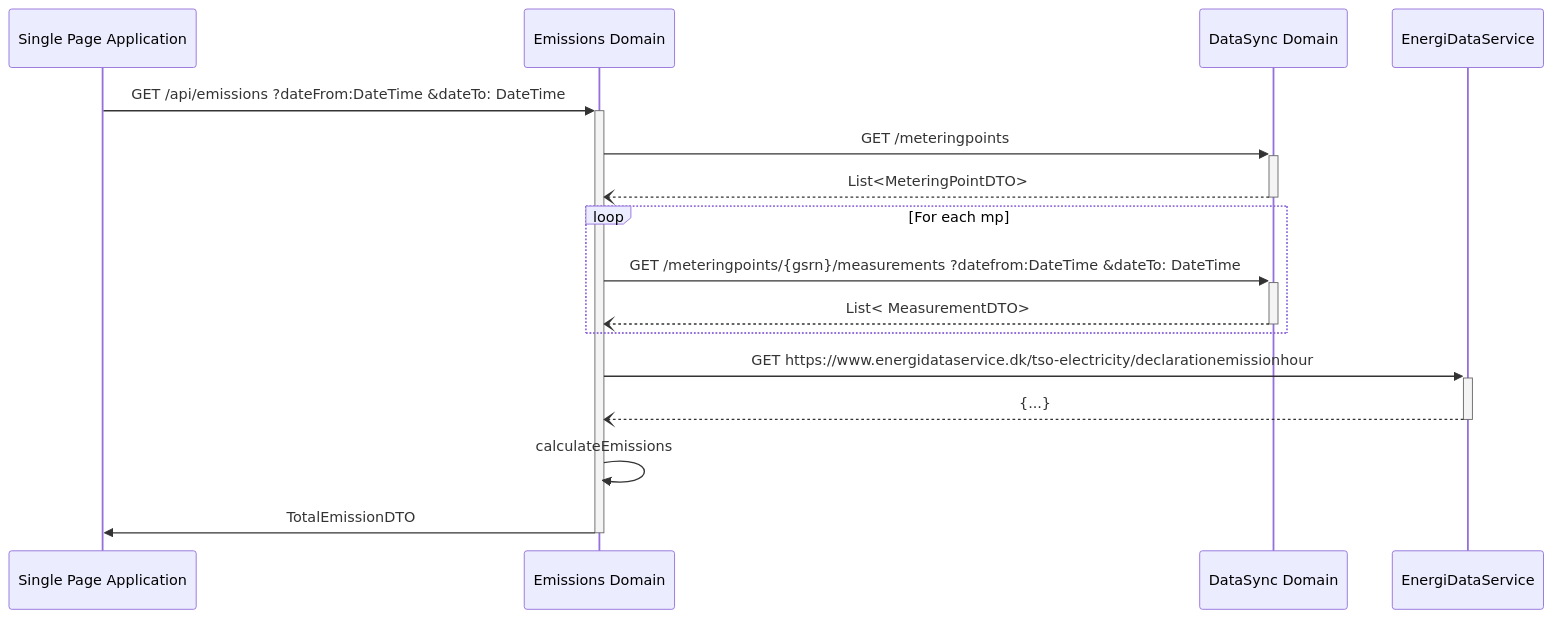
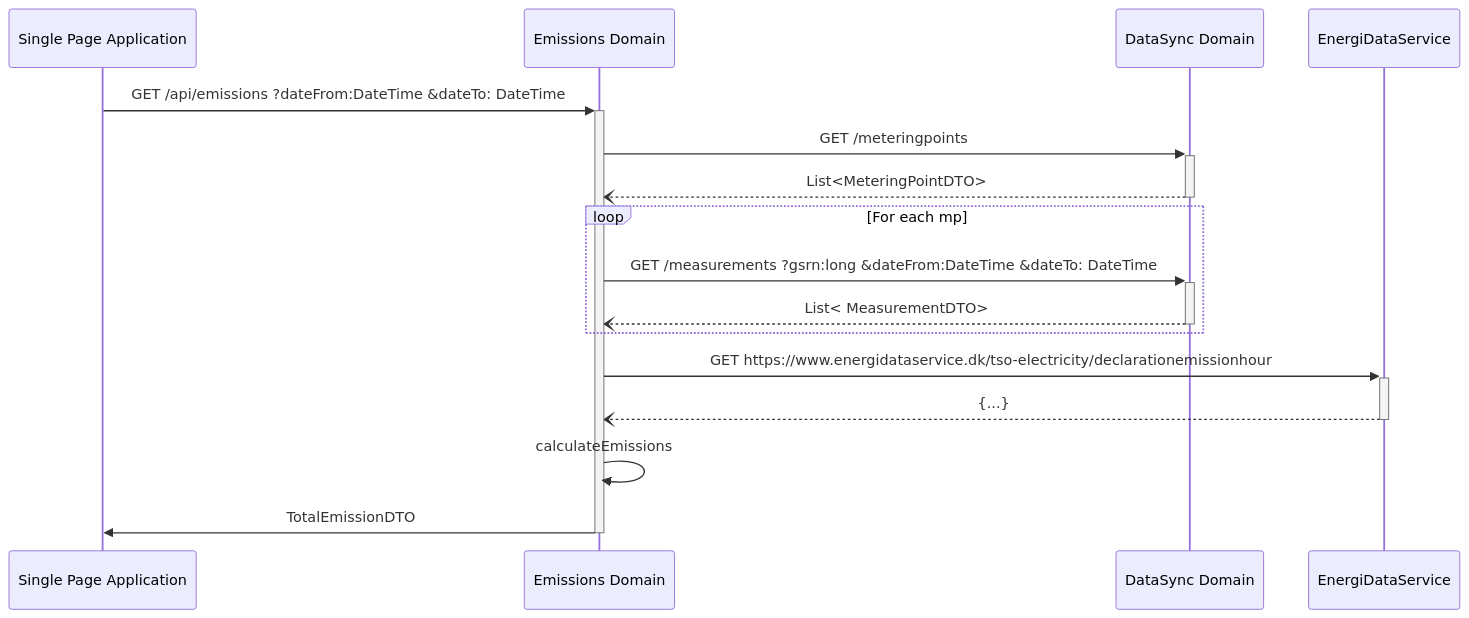
Before and after one commit to Energinet-DataHub/energy-origin: the first of 2 diagrams in doc/api/emissions.md, drawn with Mermaid. The commit also changed other lines of this file and 1 other file, not shown here.

Commit message:
updated wording

````diff
--- a/doc/api/emissions.md
+++ b/doc/api/emissions.md
@@ -94,25 +94,25 @@
 ```mermaid
 sequenceDiagram
     participant spa as Single Page Application
     participant em as Emissions Domain
     participant ds as DataSync Domain
     participant eds as EnergiDataService
 
     spa->>+ em: GET /api/emissions  ?dateFrom:DateTime  &dateTo: DateTime
     
     em->>+ ds: GET /meteringpoints
     ds--)- em: List<MeteringPointDTO>
     
     loop For each mp
-      em ->>+ ds: GET /meteringpoints/{gsrn}/measurements  ?datefrom:DateTime  &dateTo: DateTime 
+      em ->>+ ds: GET /measurements ?gsrn:long &dateFrom:DateTime &dateTo: DateTime
         
       ds --)- em: List< MeasurementDTO>
     end
     em->>+ eds: GET https://www.energidataservice.dk/tso-electricity/declarationemissionhour
     eds--)- em: {...}
 
     em->> em: calculateEmissions
 
     em->>- spa: TotalEmissionDTO
 
 ```
````
